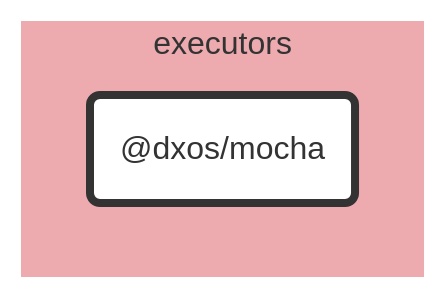
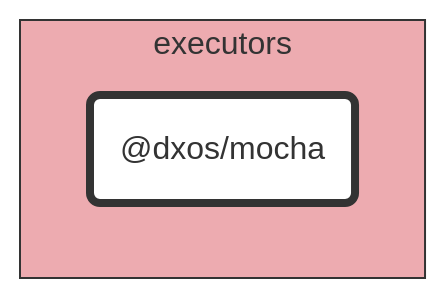
Before and after one commit to dxos/dxos: the diagram in tools/executors/mocha/docs/README.md, drawn with Mermaid. The commit also changed 89 other files, not shown here.

````diff
--- a/tools/executors/mocha/docs/README.md
+++ b/tools/executors/mocha/docs/README.md
@@ -7,20 +7,20 @@
 ```mermaid
 %%{ init: {'flowchart':{'curve':'basis'}} }%%
 
 flowchart LR
 
 %% Classes
 classDef def fill:#fff,stroke:#333,stroke-width:1px
 classDef root fill:#fff,stroke:#333,stroke-width:4px
 
 %% Nodes
 
 subgraph executors [executors]
-  style executors fill:#edabb0,stroke:#fff
+  style executors fill:#edabb0,stroke:#333
   dxos/mocha("@dxos/mocha"):::root
   click dxos/mocha "dxos/dxos/tree/main/tools/executors/mocha/docs"
 end
 
 %% Links
 linkStyle default stroke:#333,stroke-width:1px
 ```
````
